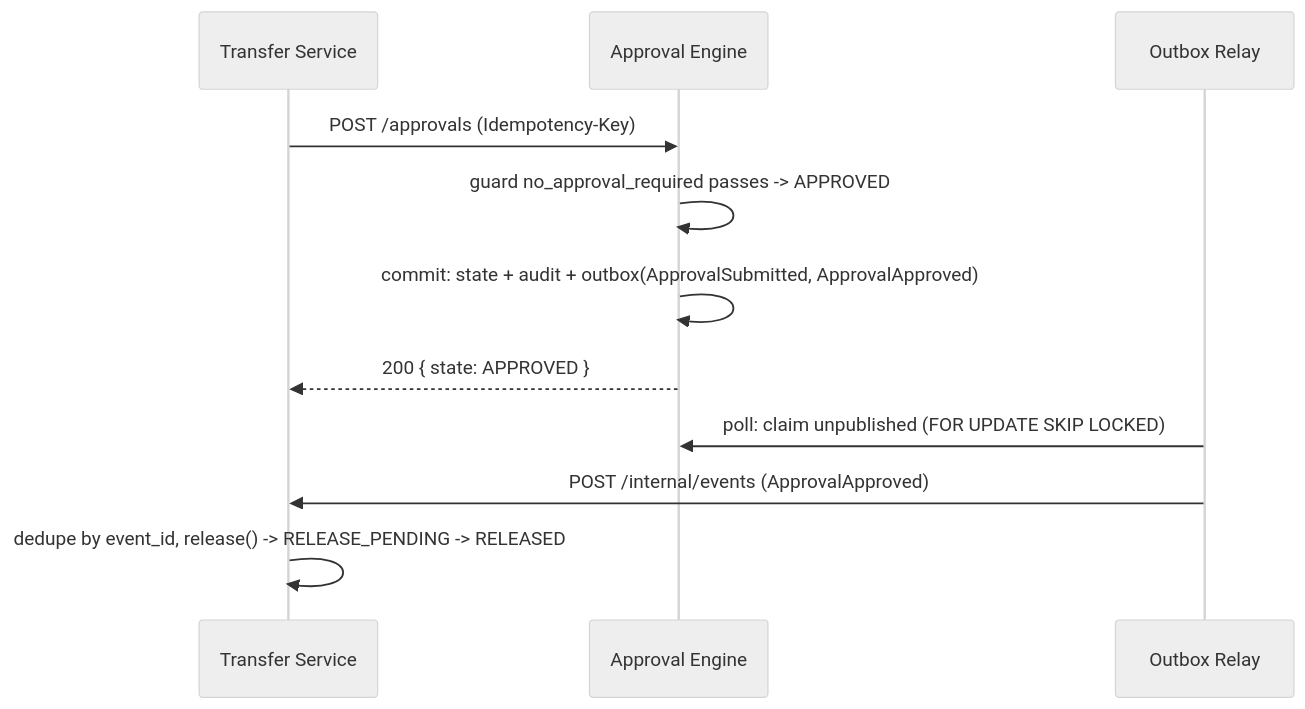
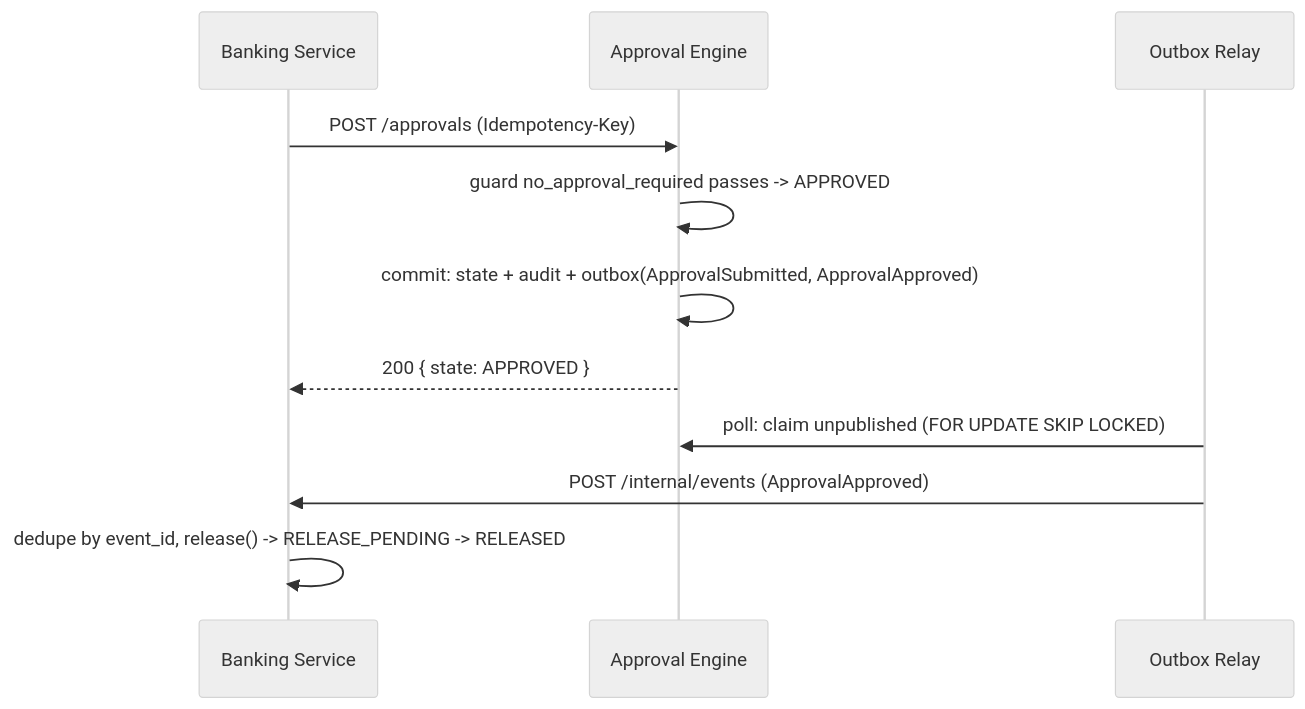
Before and after one commit to skcchoudhary21/vision-hld: the third of 5 diagrams in docs/lld.md, drawn with Mermaid (neutral theme). The commit also changed other lines of this file and 46 other files, not shown here.

````diff
--- a/docs/lld.md
+++ b/docs/lld.md
@@ -151,13 +151,13 @@
 ```mermaid
 sequenceDiagram
-    participant T as Transfer Service
+    participant T as Banking Service
     participant E as Approval Engine
     participant R as Outbox Relay
     T->>E: POST /approvals (Idempotency-Key)
     E->>E: guard no_approval_required passes -> APPROVED
     E->>E: commit: state + audit + outbox(ApprovalSubmitted, ApprovalApproved)
     E-->>T: 200 { state: APPROVED }
     R->>E: poll: claim unpublished (FOR UPDATE SKIP LOCKED)
     R->>T: POST /internal/events (ApprovalApproved)
     T->>T: dedupe by event_id, release() -> RELEASE_PENDING -> RELEASED
 ```
````
